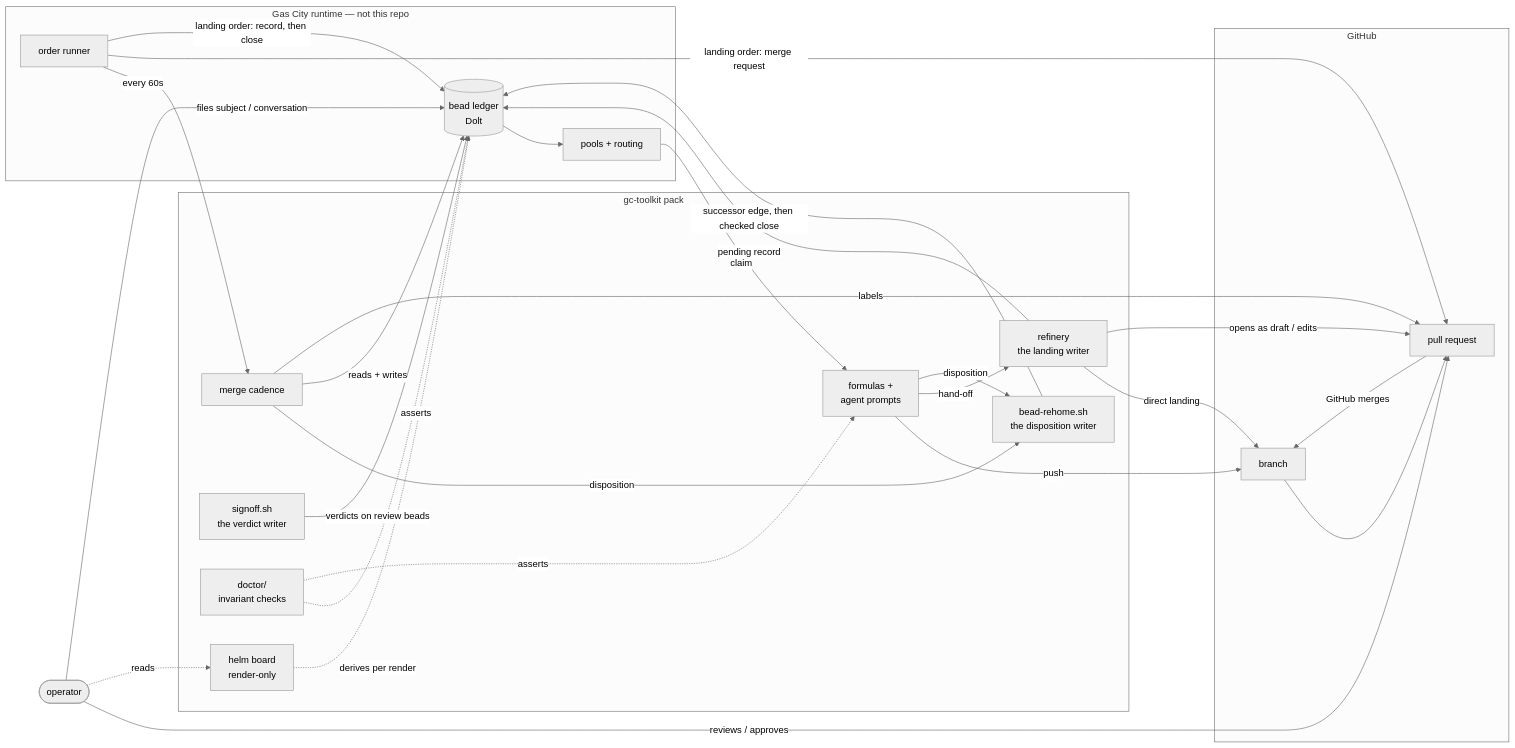
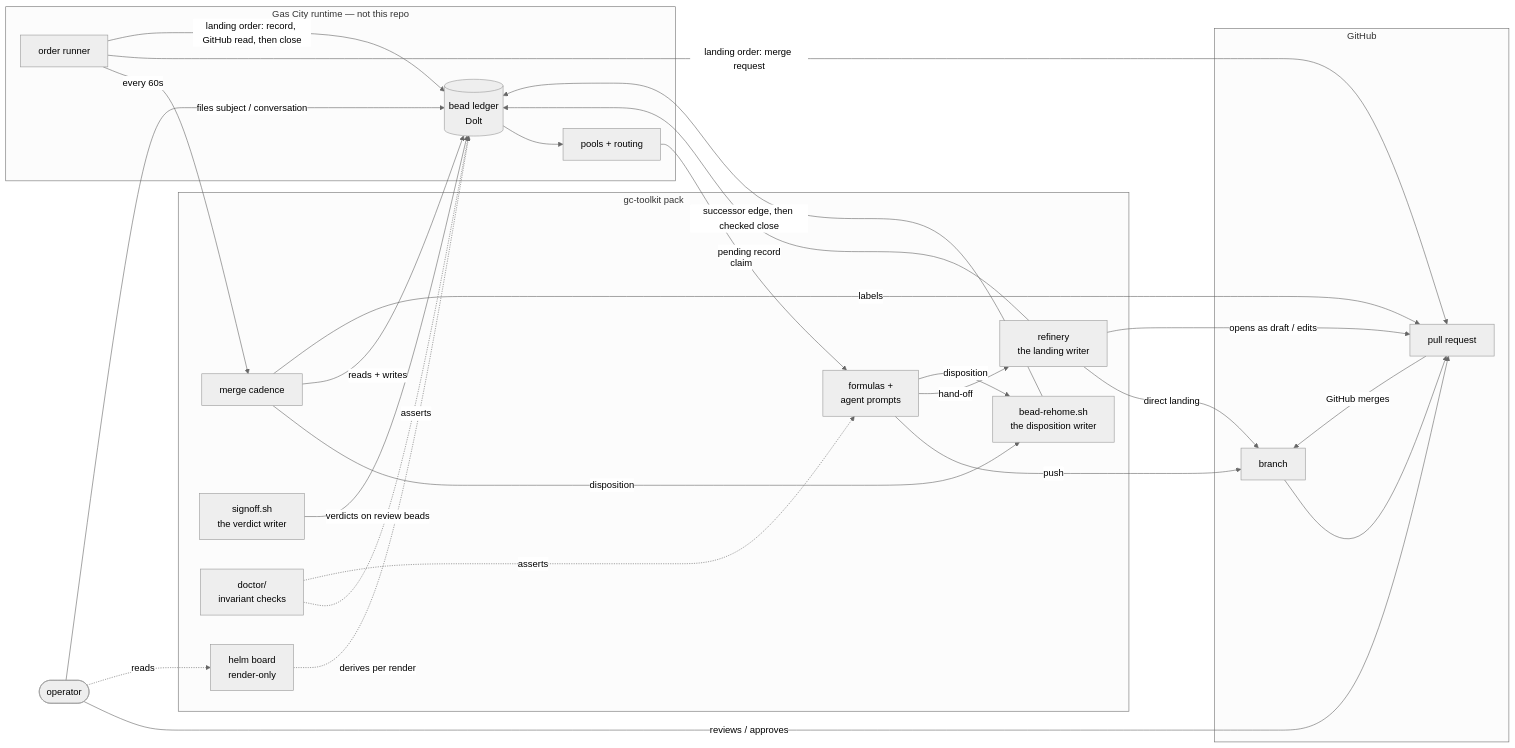
The diagram in docs/architecture.md (zookanalytics/gc-toolkit), drawn with Mermaid (neutral theme) before and after one commit. The commit also changed other lines of this file and 34 other files, not shown here.

First line of the commit message:
feat(gctk): derive a PR's status by one rule from saved GitHub facts (tk-1tfzr71.132) (#1532)

````diff
--- a/docs/architecture.md
+++ b/docs/architecture.md
@@ -40,47 +40,47 @@
 ```mermaid
 flowchart LR
   OP([operator])
   subgraph city["Gas City runtime — not this repo"]
     LEDGER[(bead ledger<br/>Dolt)]
     POOL[pools + routing]
     ORD[order runner]
   end
   subgraph pack["gc-toolkit pack"]
     FORM[formulas +<br/>agent prompts]
     REF[refinery<br/>the landing writer]
     DISP[bead-rehome.sh<br/>the disposition writer]
     CAD[merge cadence]
     SIGN[signoff.sh<br/>the verdict writer]
     DOC[doctor/<br/>invariant checks]
     HELM[helm board<br/>render-only]
   end
   subgraph git["GitHub"]
     BR[branch]
     PR[pull request]
   end
 
   OP -->|files subject / conversation| LEDGER
   OP -->|reviews / approves| PR
   OP -.->|reads| HELM
   LEDGER --> POOL
   POOL -->|claim| FORM
   FORM -->|push| BR
   FORM -->|hand-off| REF
   REF -->|direct landing| BR
   REF -->|opens as draft / edits| PR
   REF -->|pending record| LEDGER
   FORM -->|disposition| DISP
   CAD -->|disposition| DISP
   DISP -->|successor edge, then checked close| LEDGER
   SIGN -->|verdicts on review beads| LEDGER
   ORD -->|every 60s| CAD
   ORD -->|landing order: merge request| PR
-  ORD -->|landing order: record, then close| LEDGER
+  ORD -->|landing order: record, GitHub read, then close| LEDGER
   CAD -->|reads + writes| LEDGER
   CAD -->|labels| PR
   BR --> PR
   PR -->|GitHub merges| BR
   HELM -.->|derives per render| LEDGER
   DOC -.->|asserts| LEDGER
   DOC -.->|asserts| FORM
 ```
````
